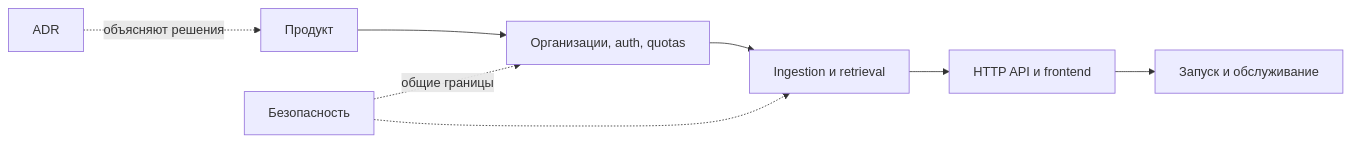
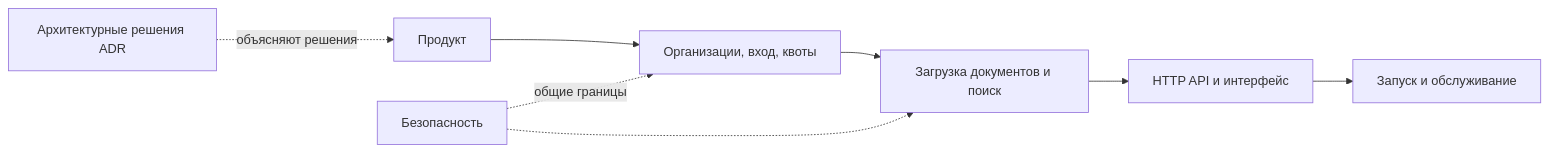
One commit to vladweat/docwise changed the diagram in docs/README.md. Above: the diagram before and after it, drawn with Mermaid. The commit also changed other lines of this file and 51 other files, not shown here.

````diff
--- a/docs/README.md
+++ b/docs/README.md
@@ -17,10 +17,10 @@
 ```mermaid
 flowchart LR
-  Product[Продукт] --> Platform[Организации, auth, quotas]
-  Platform --> Pipeline[Ingestion и retrieval]
-  Pipeline --> API[HTTP API и frontend]
+  Product[Продукт] --> Platform[Организации, вход, квоты]
+  Platform --> Pipeline[Загрузка документов и поиск]
+  Pipeline --> API[HTTP API и интерфейс]
   API --> Operations[Запуск и обслуживание]
   Security[Безопасность] -. общие границы .-> Platform
   Security -.-> Pipeline
-  Decisions[ADR] -. объясняют решения .-> Product
+  Decisions[Архитектурные решения ADR] -. объясняют решения .-> Product
 ```
````
